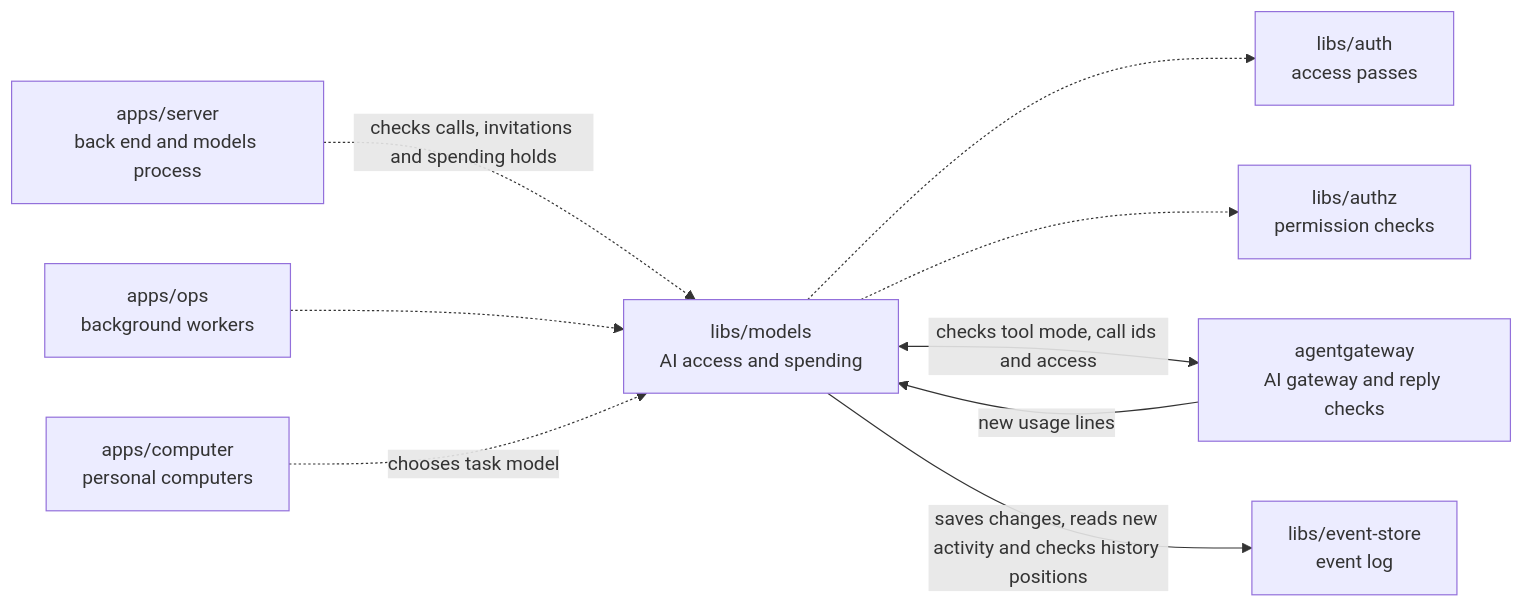
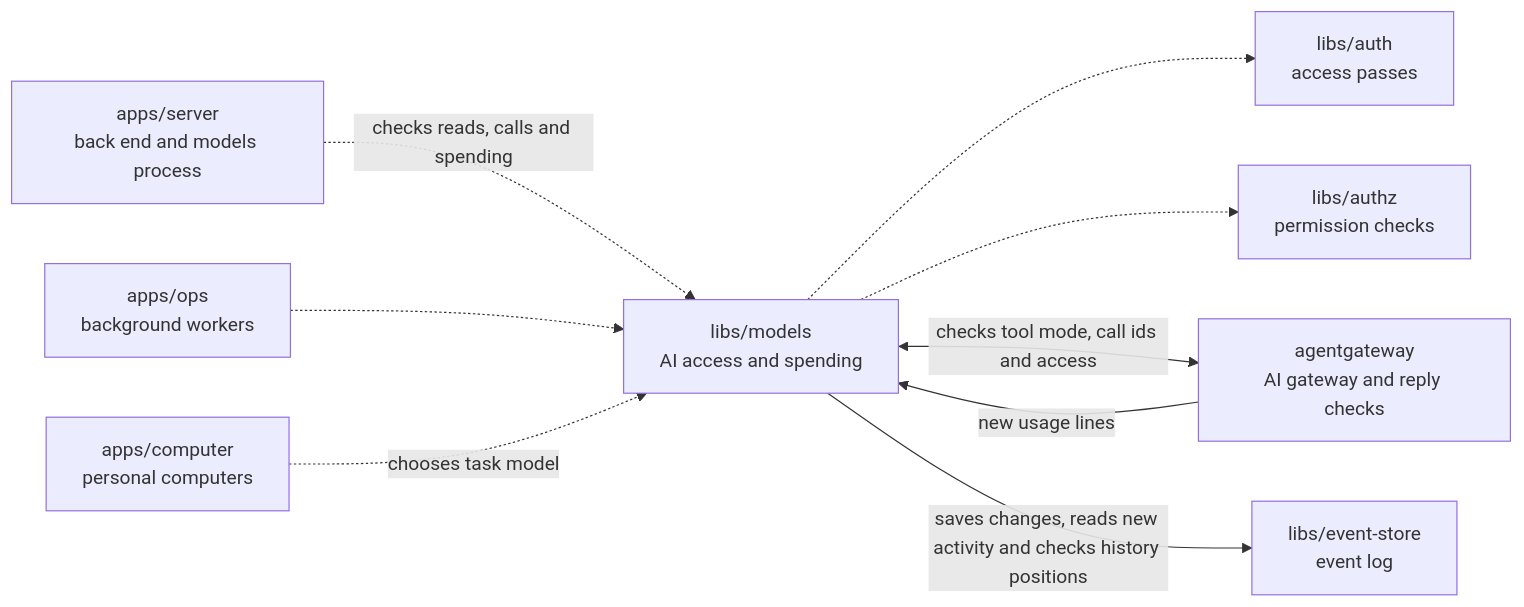
The diagram in libs/models/README.md (elewa-git/opencrane-new), drawn with Mermaid before and after one commit. The commit also changed other lines of this file and 22 other files, not shown here.

````diff
--- a/libs/models/README.md
+++ b/libs/models/README.md
@@ -11,11 +11,11 @@
 ```mermaid
 flowchart LR
-  server["apps/server<br/>back end and models process"] -.->|checks calls, invitations and spending holds| models["libs/models<br/>AI access and spending"]
+  server["apps/server<br/>back end and models process"] -.->|checks reads, calls and spending| models["libs/models<br/>AI access and spending"]
   ops["apps/ops<br/>background workers"] -.-> models
   computer["apps/computer<br/>personal computers"] -.->|chooses task model| models
   models -.-> auth["libs/auth<br/>access passes"]
   models -.-> authz["libs/authz<br/>permission checks"]
   models <-->|checks tool mode, call ids and access| gateway["agentgateway<br/>AI gateway and reply checks"]
   gateway -->|new usage lines| models
   models -->|saves changes, reads new activity and checks history positions| store["libs/event-store<br/>event log"]
 ```
````
